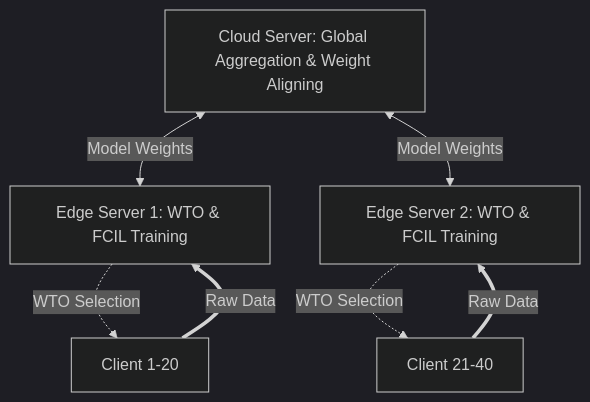
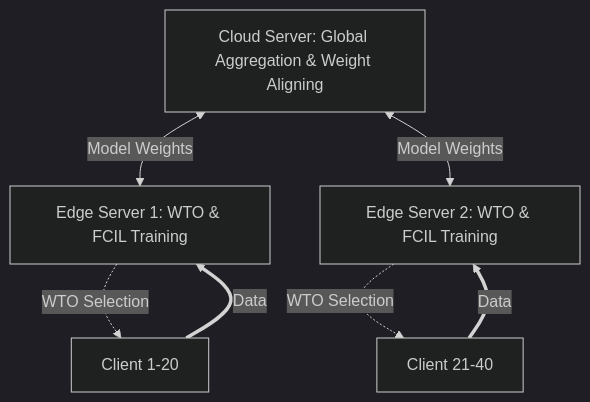
Before and after one commit to TongXuanVu/HFIN: the diagram in README.md, drawn with Mermaid (dark theme).

Commit message:
Update README to change 'Raw Data' to 'Data'

````diff
--- a/README.md
+++ b/README.md
@@ -20,15 +20,15 @@
 ```mermaid
 graph TD
     Cloud[Cloud Server: Global Aggregation & Weight Aligning]
     Edge1[Edge Server 1: WTO & FCIL Training]
     Edge2[Edge Server 2: WTO & FCIL Training]
     C1[Client 1-20]
     C2[Client 21-40]
     
     Cloud <-->|Model Weights| Edge1
     Cloud <-->|Model Weights| Edge2
     Edge1 -.->|WTO Selection| C1
     Edge2 -.->|WTO Selection| C2
-    C1 == Raw Data ==> Edge1
-    C2 == Raw Data ==> Edge2
+    C1 == Data ==> Edge1
+    C2 == Data ==> Edge2
 ```
````
